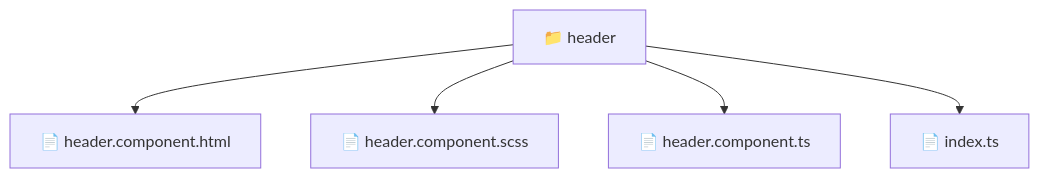
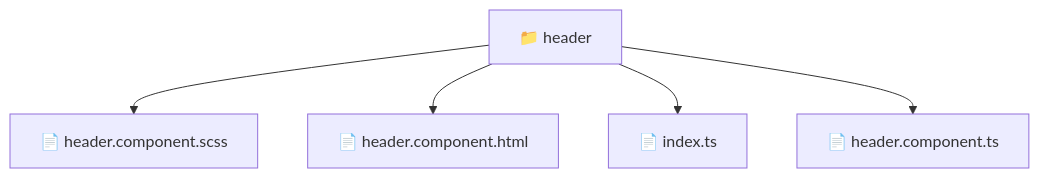
One commit to beginwebdev2002/fullstack-mavluda changed the diagram in frontend/src/widgets/header/README.md. Above: the diagram before and after it, drawn with Mermaid. The commit also changed other lines of this file and 164 other files, not shown here.

First line of the commit message:
docs: generate robust autonomous architectural documentation

````diff
--- a/frontend/src/widgets/header/README.md
+++ b/frontend/src/widgets/header/README.md
@@ -11,8 +11,8 @@
 ```mermaid
 graph TD
-  Root["📁 header"]
-  Root --> header_component_html["📄 header.component.html"]
-  Root --> header_component_scss["📄 header.component.scss"]
-  Root --> header_component_ts["📄 header.component.ts"]
-  Root --> index_ts["📄 index.ts"]
+    f_header["📁 header"]
+    f_header --> f_header_component_scss["📄 header.component.scss"]
+    f_header --> f_header_component_html["📄 header.component.html"]
+    f_header --> f_index_ts["📄 index.ts"]
+    f_header --> f_header_component_ts["📄 header.component.ts"]
 ```
````
